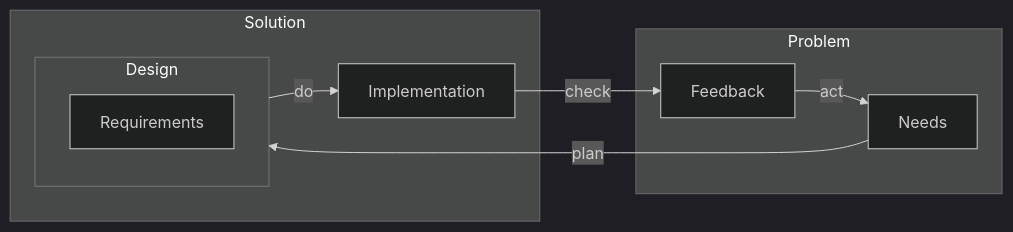
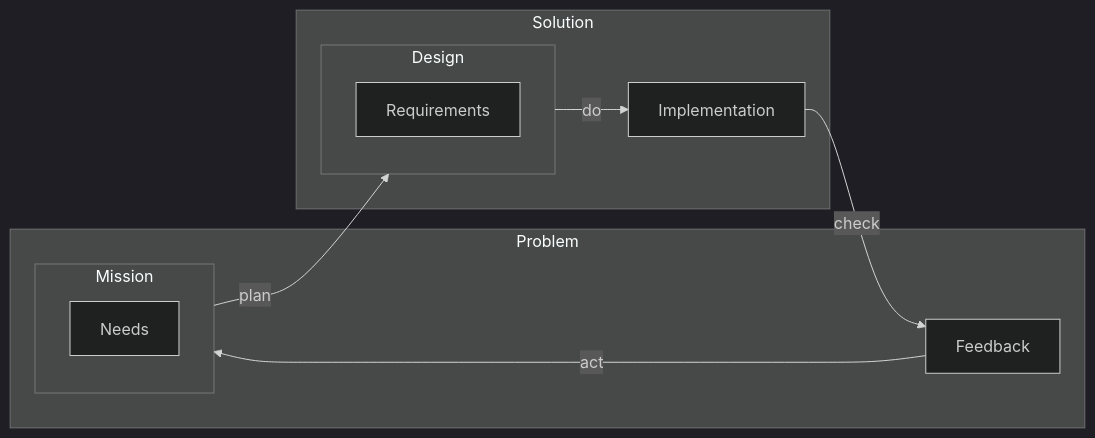
The sixth of 11 diagrams in README.md (firstprinciplesthinking/paper_development_lifecycle), drawn with Mermaid (dark theme) before and after one commit. The commit also changed other lines of this file, not shown here.

Commit message:
Expand mission control

````diff
--- a/README.md
+++ b/README.md
@@ -116,19 +119,21 @@
 ```mermaid
    flowchart LR
       subgraph Solution
         subgraph Design
             Requirements
          end
          Implementation
       end
       
       subgraph Problem
-         Needs
+         subgraph Mission
+            Needs
+         end
          Feedback
       end
 
-      Needs--"plan"-->Design
+      Mission--"plan"-->Design
       Design--"do"-->Implementation
       Implementation--"check"-->Feedback
-      Feedback--"act"-->Needs
+      Feedback--"act"-->Mission
 ```
````
